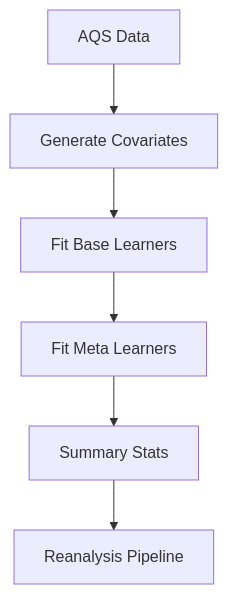
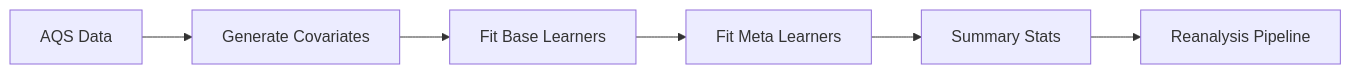
The diagram in README.md (NIEHS/beethoven), drawn with Mermaid before and after one commit.

````diff
--- a/README.md
+++ b/README.md
@@ -3,8 +3,8 @@
 ```mermaid
 
-flowchart TD
+flowchart LR
     A[AQS Data] --> B[Generate Covariates]--> C[Fit Base Learners]-->D[Fit Meta Learners]-->E[Summary Stats]-->F[Reanalysis Pipeline]
 
    
   
 ```
````
